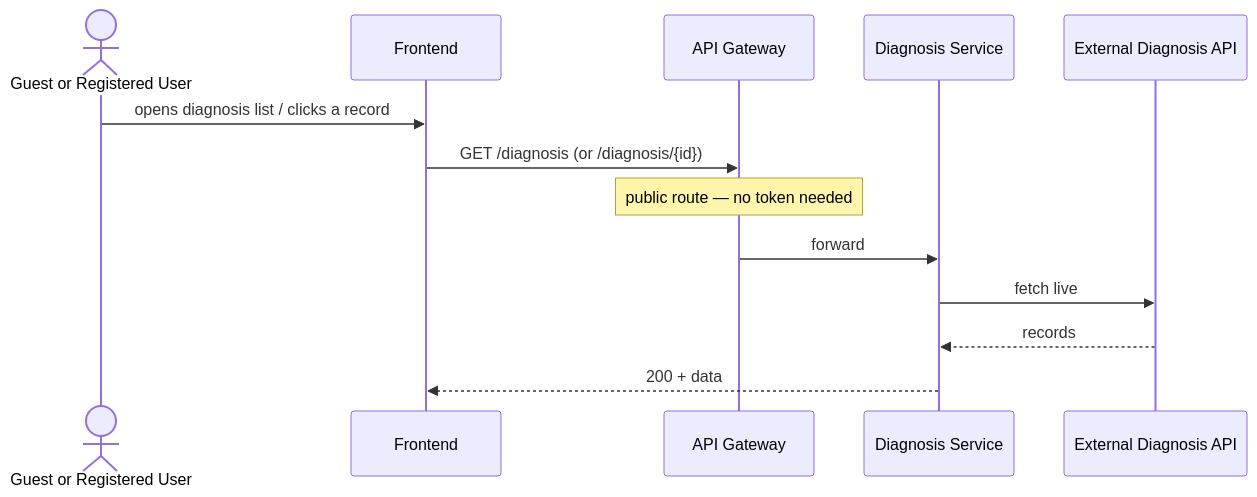
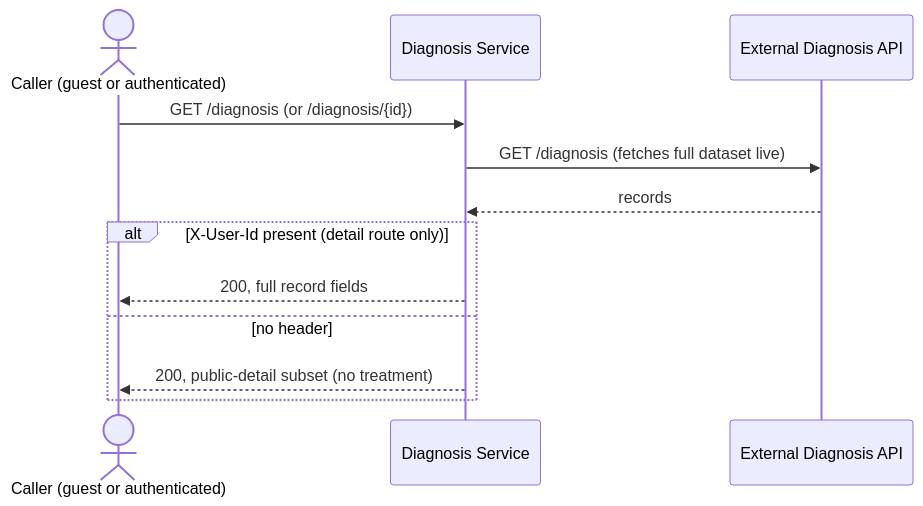
One commit to mathaisjustin/cardiac-diagonistics changed the first of 4 diagrams in docs/01-services/diagnosis-service/flows.md. Above: the diagram before and after it, drawn with Mermaid. The commit also changed other lines of this file and 29 other files, not shown here.

````diff
--- a/docs/01-services/diagnosis-service/flows.md
+++ b/docs/01-services/diagnosis-service/flows.md
@@ -5,16 +5,15 @@
 ```mermaid
 sequenceDiagram
-    actor U as Guest or Registered User
-    participant FE as Frontend
-    participant GW as API Gateway
+    actor U as Caller (guest or authenticated)
     participant D as Diagnosis Service
     participant EXT as External Diagnosis API
 
-    U->>FE: opens diagnosis list / clicks a record
-    FE->>GW: GET /diagnosis (or /diagnosis/{id})
-    Note over GW: public route — no token needed
-    GW->>D: forward
-    D->>EXT: fetch live
+    U->>D: GET /diagnosis (or /diagnosis/{id})
+    D->>EXT: GET /diagnosis (fetches full dataset live)
     EXT-->>D: records
-    D-->>FE: 200 + data
+    alt X-User-Id present (detail route only)
+        D-->>U: 200, full record fields
+    else no header
+        D-->>U: 200, public-detail subset (no treatment)
+    end
 ```
````
